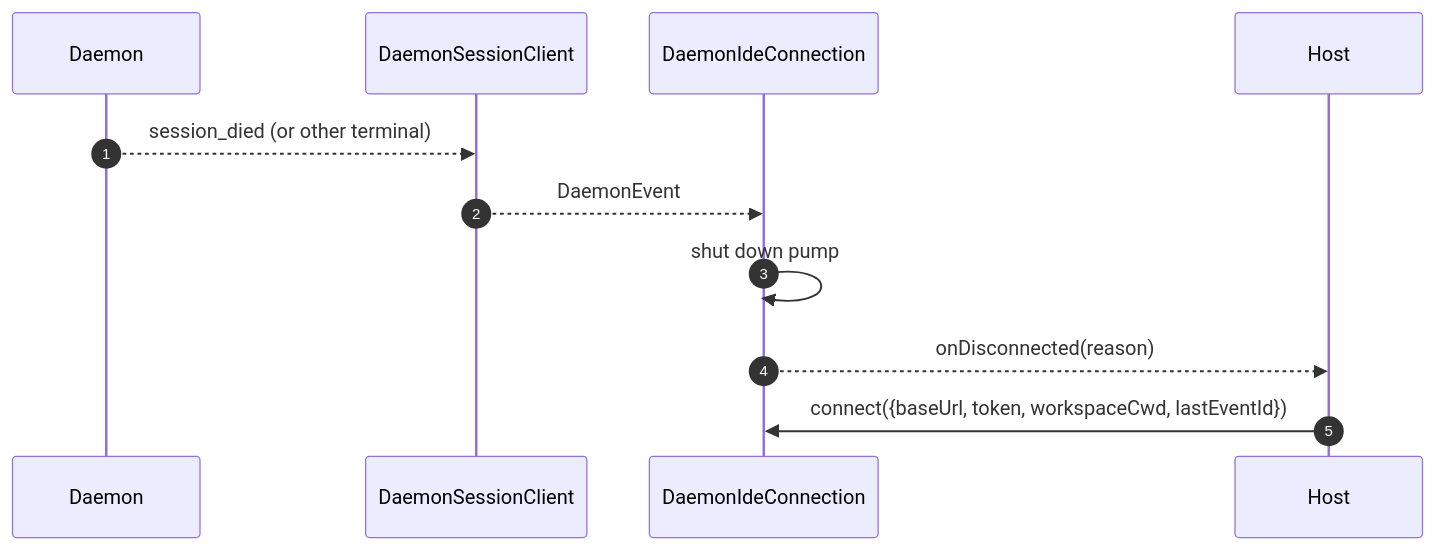
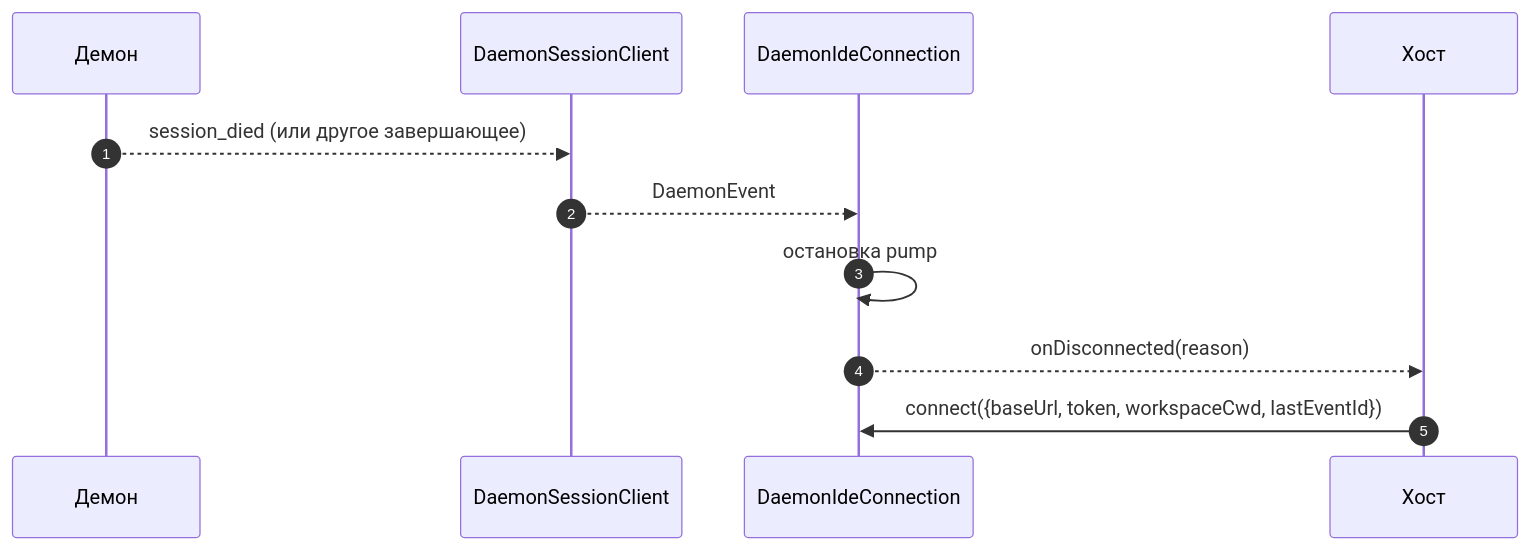
The third of 3 diagrams in website/content/ru/developers/daemon/16-vscode-ide-adapter.md (QwenLM/qwen-code-docs), drawn with Mermaid before and after one commit. The commit also changed other lines of this file and 1077 other files, not shown here.

````diff
--- a/website/content/ru/developers/daemon/16-vscode-ide-adapter.md
+++ b/website/content/ru/developers/daemon/16-vscode-ide-adapter.md
@@ -150,14 +151,14 @@
 ```mermaid
 sequenceDiagram
     autonumber
-    participant D as Daemon
+    participant D as Демон
     participant SDK as DaemonSessionClient
     participant C as DaemonIdeConnection
-    participant H as Host
+    participant H as Хост
 
-    D-->>SDK: session_died (or other terminal)
+    D-->>SDK: session_died (или другое завершающее)
     SDK-->>C: DaemonEvent
-    C->>C: shut down pump
+    C->>C: остановка pump
     C-->>H: onDisconnected(reason)
     H->>C: connect({baseUrl, token, workspaceCwd, lastEventId})
 ```
````
